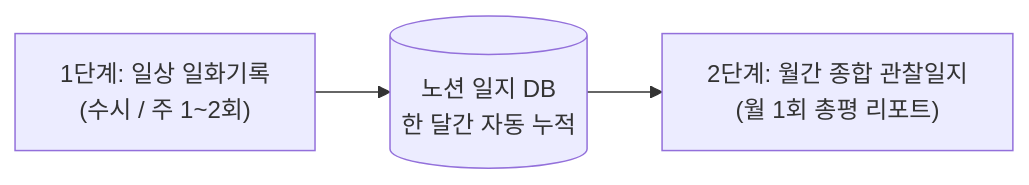
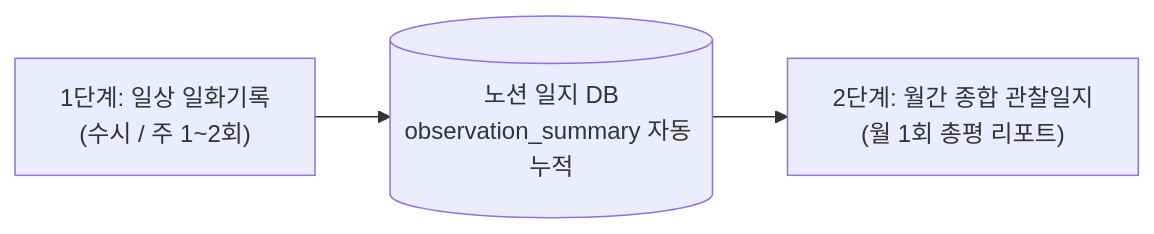
One commit to awslike6-web/daycare-helper changed the third of 3 diagrams in docs/daycare_spec.md. Above: the diagram before and after it, drawn with Mermaid. The commit also changed other lines of this file and 1 other file, not shown here.

````diff
--- a/docs/daycare_spec.md
+++ b/docs/daycare_spec.md
@@ -217,5 +196,5 @@
 ```mermaid
 flowchart LR
-    Daily["1단계: 일상 일화기록<br/>(수시 / 주 1~2회)"] --> Accumulate[("노션 일지 DB<br/>한 달간 자동 누적")]
+    Daily["1단계: 일상 일화기록<br/>(수시 / 주 1~2회)"] --> Accumulate[("노션 일지 DB<br/>observation_summary 자동 누적")]
     Accumulate --> Monthly["2단계: 월간 종합 관찰일지<br/>(월 1회 총평 리포트)"]
 ```
````
